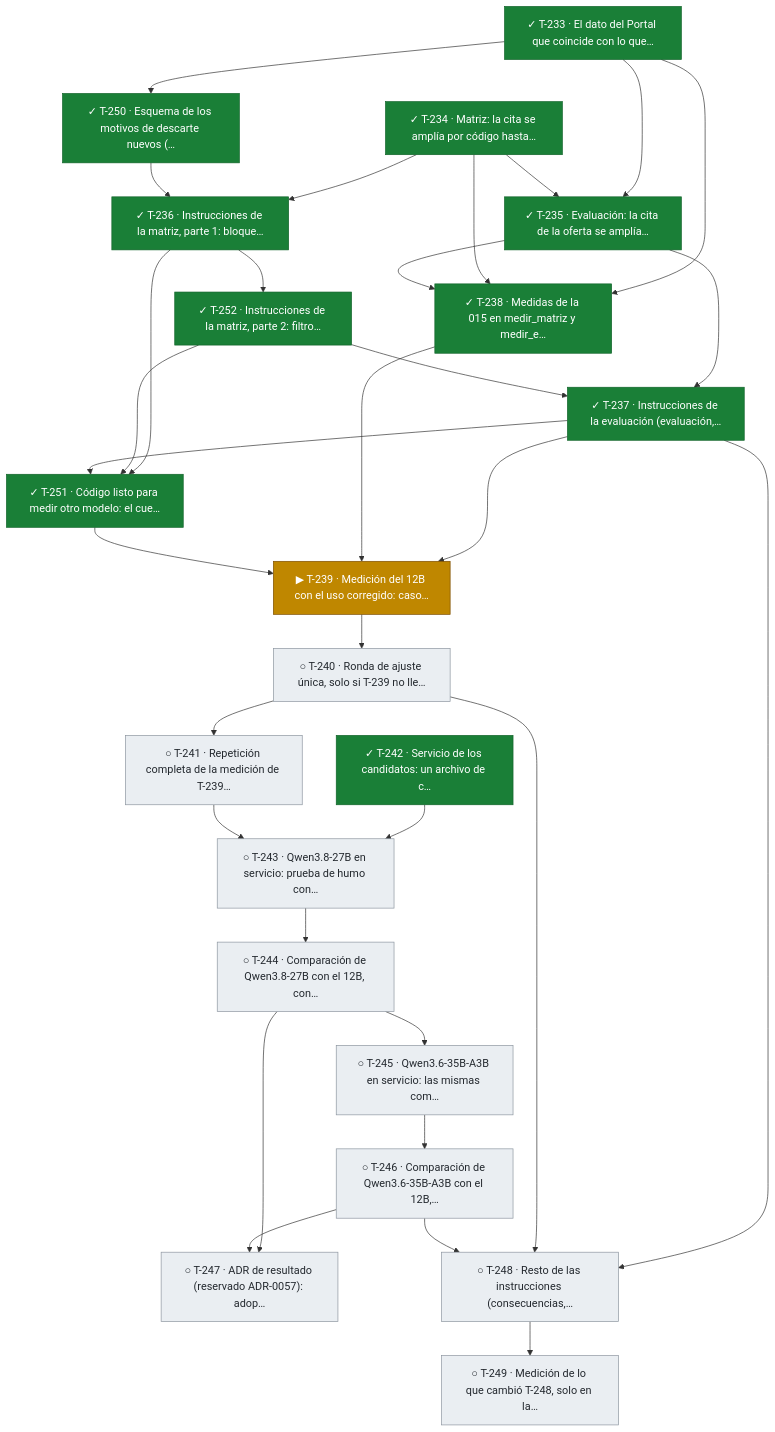
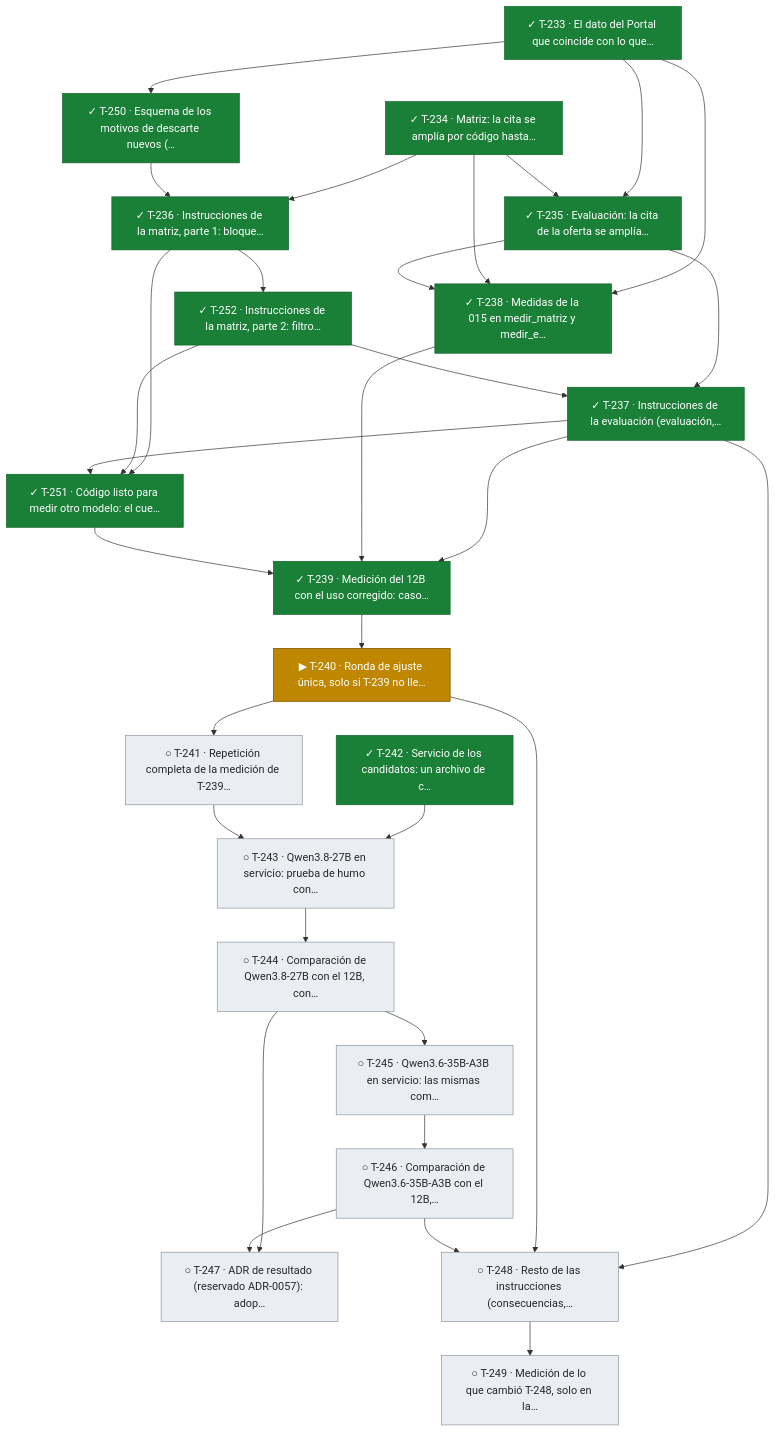
Diagram 17 of 17 in docs/tablero.md (snavello/EVALUON), drawn with Mermaid before and after one commit. The commit also changed other lines of this file and 2 other files, not shown here.

Commit message:
gestión: medición T-239 del 12B con el uso corregido (no llega; ronda de ajuste T-240 en curso)

````diff
--- a/docs/tablero.md
+++ b/docs/tablero.md
@@ -1320,58 +1320,58 @@
 ```mermaid
 flowchart TD
   T233["✓ T-233 · El dato del Portal que coincide con lo que…"]:::done
   T234["✓ T-234 · Matriz: la cita se amplía por código hasta…"]:::done
   T250["✓ T-250 · Esquema de los motivos de descarte nuevos (…"]:::done
   T235["✓ T-235 · Evaluación: la cita de la oferta se amplía…"]:::done
   T236["✓ T-236 · Instrucciones de la matriz, parte 1: bloque…"]:::done
   T252["✓ T-252 · Instrucciones de la matriz, parte 2: filtro…"]:::done
   T237["✓ T-237 · Instrucciones de la evaluación (evaluación,…"]:::done
   T251["✓ T-251 · Código listo para medir otro modelo: el cue…"]:::done
   T238["✓ T-238 · Medidas de la 015 en medir_matriz y medir_e…"]:::done
-  T239["▶ T-239 · Medición del 12B con el uso corregido: caso…"]:::active
-  T240["○ T-240 · Ronda de ajuste única, solo si T-239 no lle…"]:::todo
+  T239["✓ T-239 · Medición del 12B con el uso corregido: caso…"]:::done
+  T240["▶ T-240 · Ronda de ajuste única, solo si T-239 no lle…"]:::active
   T241["○ T-241 · Repetición completa de la medición de T-239…"]:::todo
   T242["✓ T-242 · Servicio de los candidatos: un archivo de c…"]:::done
   T243["○ T-243 · Qwen3.8-27B en servicio: prueba de humo con…"]:::todo
   T244["○ T-244 · Comparación de Qwen3.8-27B con el 12B, con…"]:::todo
   T245["○ T-245 · Qwen3.6-35B-A3B en servicio: las mismas com…"]:::todo
   T246["○ T-246 · Comparación de Qwen3.6-35B-A3B con el 12B,…"]:::todo
   T247["○ T-247 · ADR de resultado (reservado ADR-0057): adop…"]:::todo
   T248["○ T-248 · Resto de las instrucciones (consecuencias,…"]:::todo
   T249["○ T-249 · Medición de lo que cambió T-248, solo en la…"]:::todo
   T233 --> T250
   T233 --> T235
   T234 --> T235
   T234 --> T236
   T250 --> T236
   T236 --> T252
   T235 --> T237
   T252 --> T237
   T236 --> T251
   T252 --> T251
   T237 --> T251
   T233 --> T238
   T234 --> T238
   T235 --> T238
   T237 --> T239
   T238 --> T239
   T251 --> T239
   T239 --> T240
   T240 --> T241
   T242 --> T243
   T241 --> T243
   T243 --> T244
   T244 --> T245
   T245 --> T246
   T244 --> T247
   T246 --> T247
   T237 --> T248
   T240 --> T248
   T246 --> T248
   T248 --> T249
   classDef done fill:#1a7f37,stroke:#116329,color:#ffffff
   classDef review fill:#0969da,stroke:#0550ae,color:#ffffff
   classDef active fill:#bf8700,stroke:#7d4e00,color:#ffffff
   classDef blocked fill:#cf222e,stroke:#a40e26,color:#ffffff
   classDef todo fill:#eaeef2,stroke:#8c959f,color:#24292f
 ```
````
